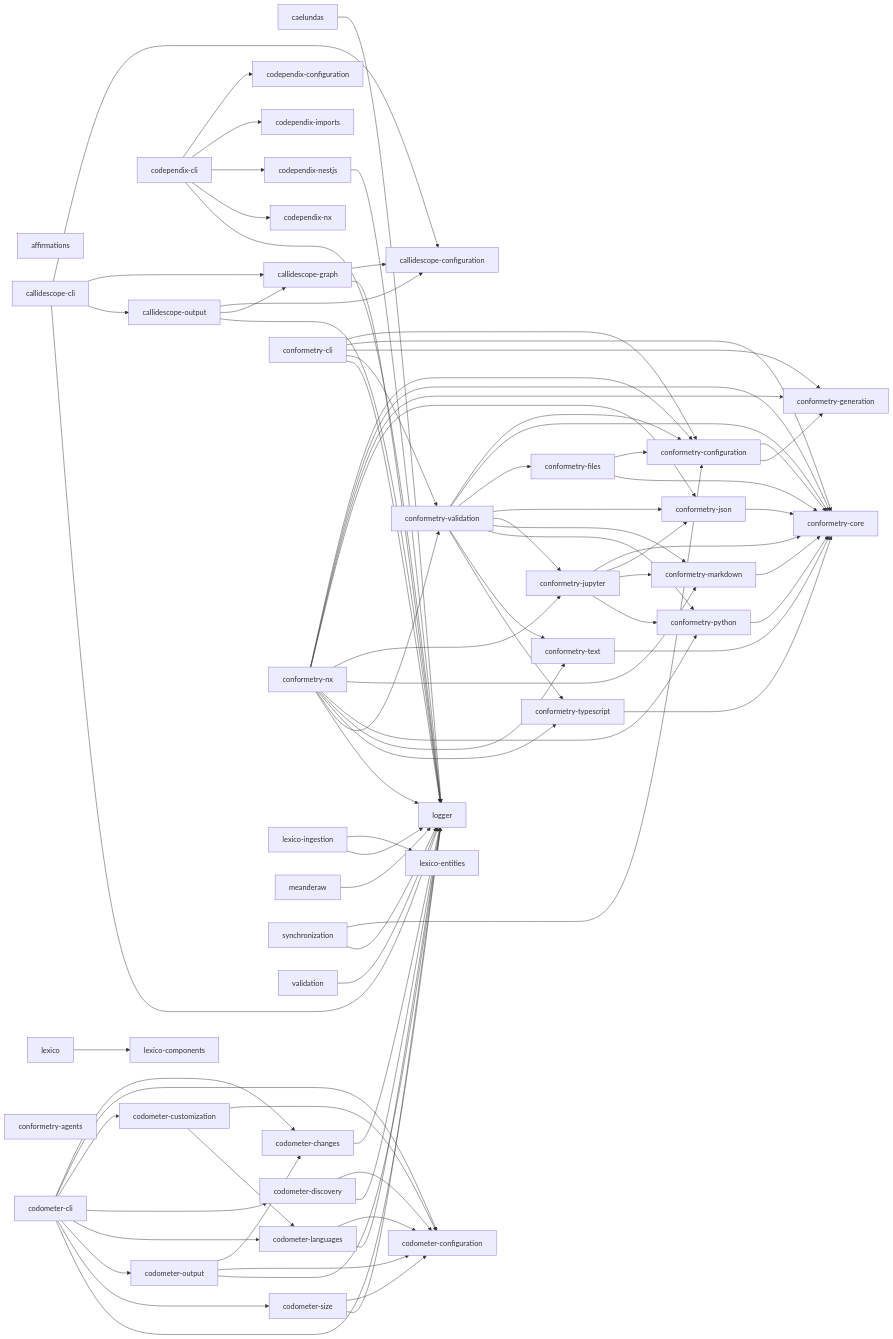
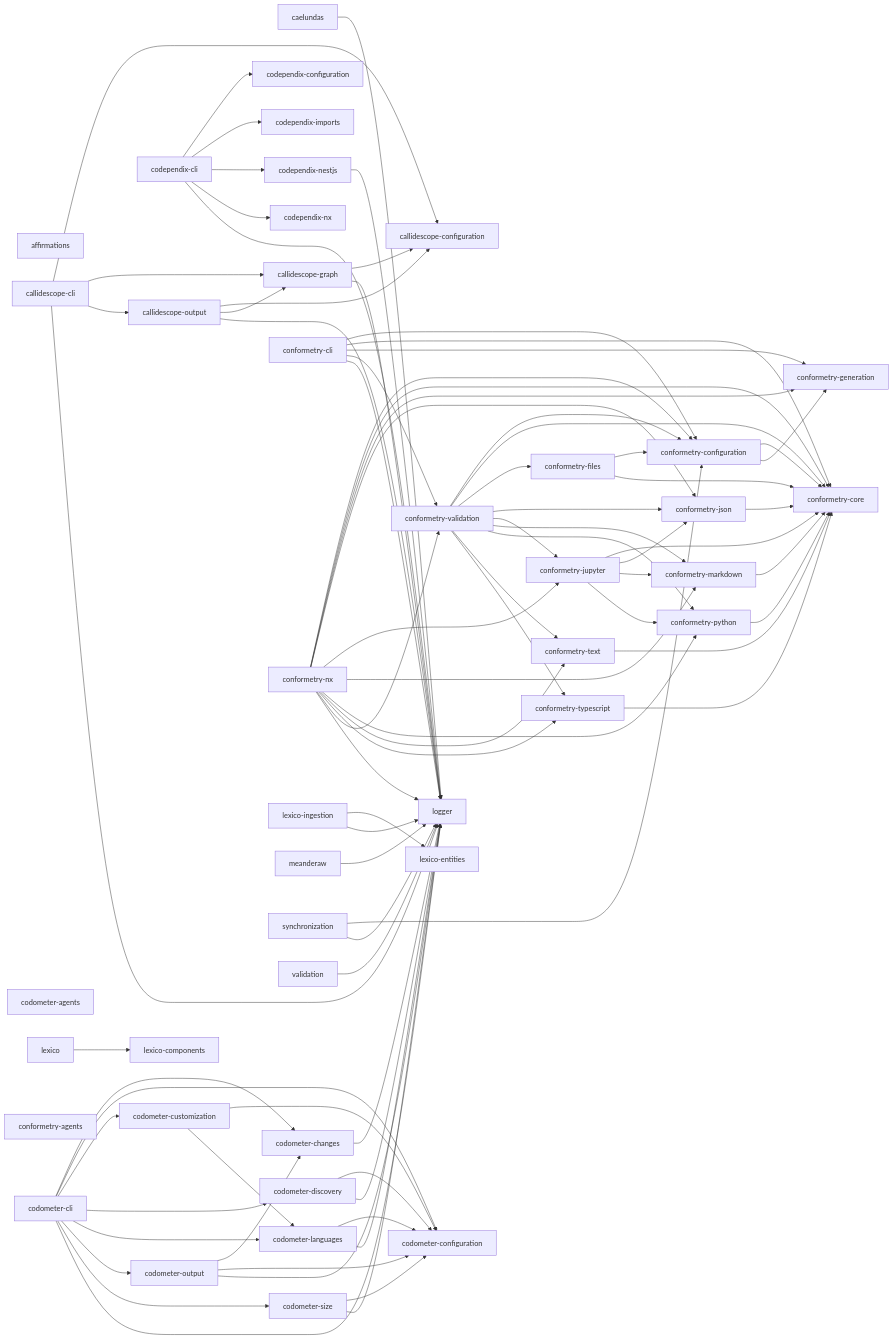
One commit to JimmyPaolini/codebase changed the diagram in README.md. Above: the diagram before and after it, drawn with Mermaid. The commit also changed other lines of this file and 23 other files, not shown here.

```diff
--- a/README.md
+++ b/README.md
@@ -160,6 +161,7 @@
   codependix_imports["codependix-imports"]
   codependix_nestjs["codependix-nestjs"]
   codependix_nx["codependix-nx"]
+  codometer_agents["codometer-agents"]
   codometer_changes["codometer-changes"]
   codometer_cli["codometer-cli"]
   codometer_configuration["codometer-configuration"]
```
